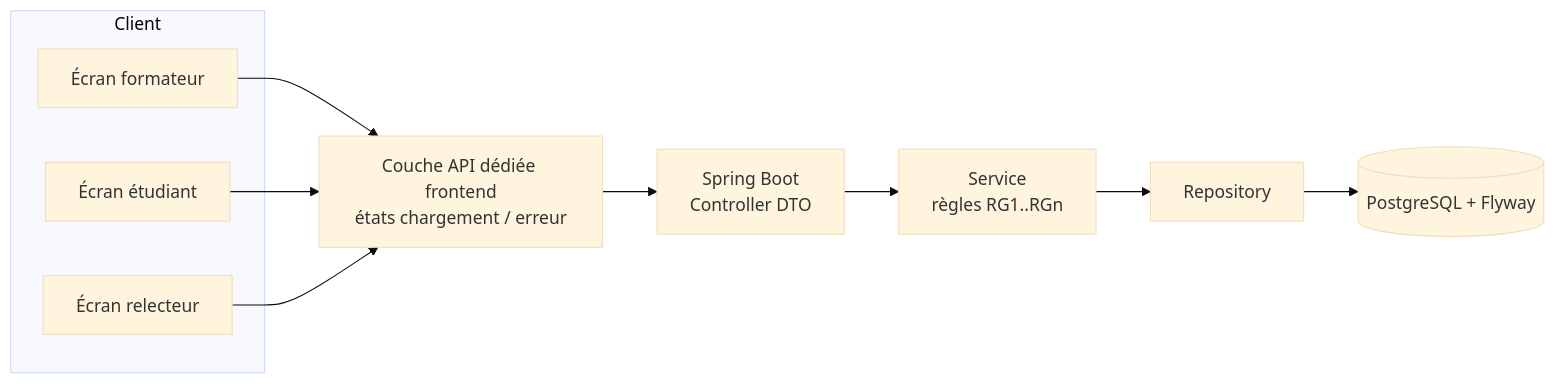
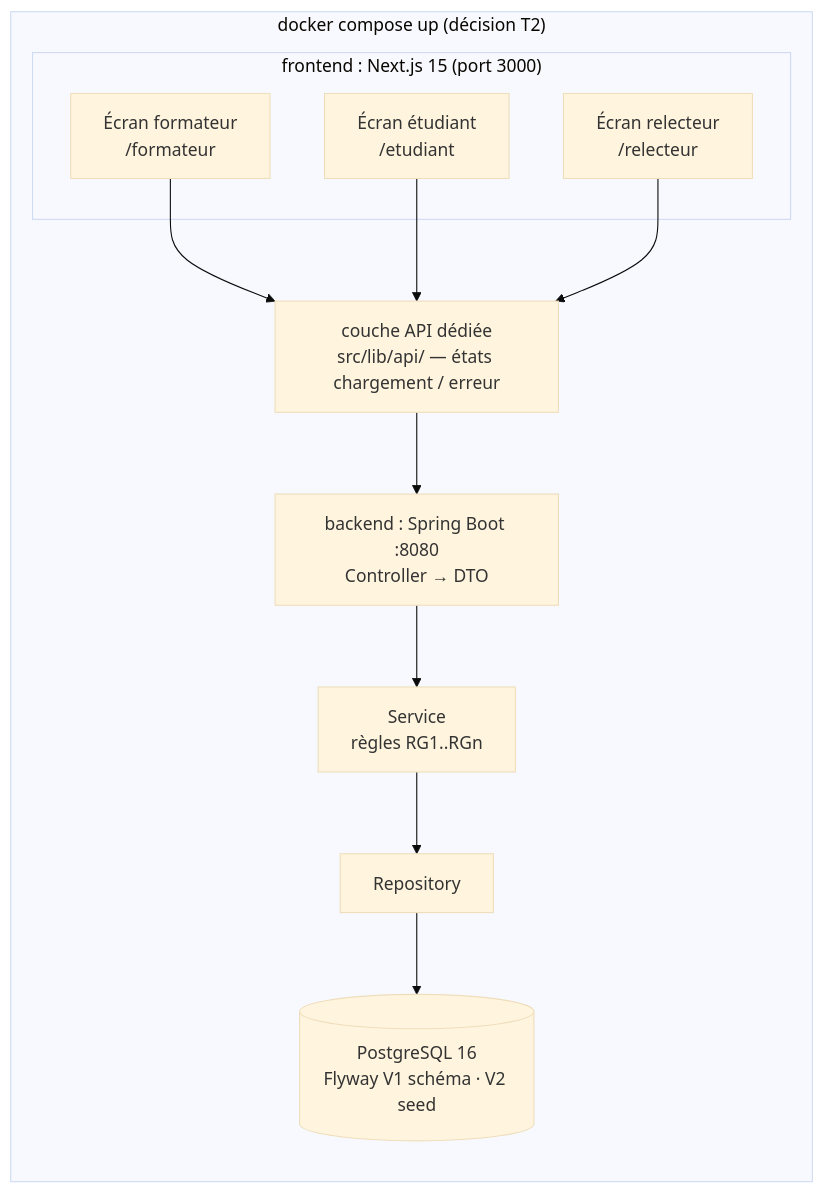
One commit to Brahimi-Talla01/kfokam48-epreuve-257 changed the first of 2 diagrams in assets/PLAN_EPREUVE.md. Above: the diagram before and after it, drawn with Mermaid (base theme). The commit also changed other lines of this file, not shown here.

Commit message:
docs: décisions techniques — Next.js 15, docker compose, seed Flyway, branche develop, suivi Git

````diff
--- a/assets/PLAN_EPREUVE.md
+++ b/assets/PLAN_EPREUVE.md
@@ -154,14 +196,16 @@
 ```mermaid
 flowchart LR
-    subgraph Client
-      B1[Écran formateur]
-      B2[Écran étudiant]
-      B3[Écran relecteur]
+    subgraph Docker["docker compose up (décision T2)"]
+      subgraph Client["frontend : Next.js 15 (port 3000)"]
+        B1[Écran formateur<br/>/formateur]
+        B2[Écran étudiant<br/>/etudiant]
+        B3[Écran relecteur<br/>/relecteur]
+      end
+      F["couche API dédiée<br/>src/lib/api/ — états chargement / erreur"]
+      API["backend : Spring Boot :8080<br/>Controller → DTO"]
+      S["Service<br/>règles RG1..RGn"]
+      R["Repository"]
+      DB[("PostgreSQL 16<br/>Flyway V1 schéma · V2 seed")]
+      B1 & B2 & B3 --> F --> API --> S --> R --> DB
     end
-    F[Couche API dédiée frontend<br/>états chargement / erreur]
-    API[Spring Boot<br/>Controller DTO]
-    S[Service<br/>règles RG1..RGn]
-    R[Repository]
-    DB[(PostgreSQL + Flyway)]
-    B1 & B2 & B3 --> F --> API --> S --> R --> DB
 ```
````
